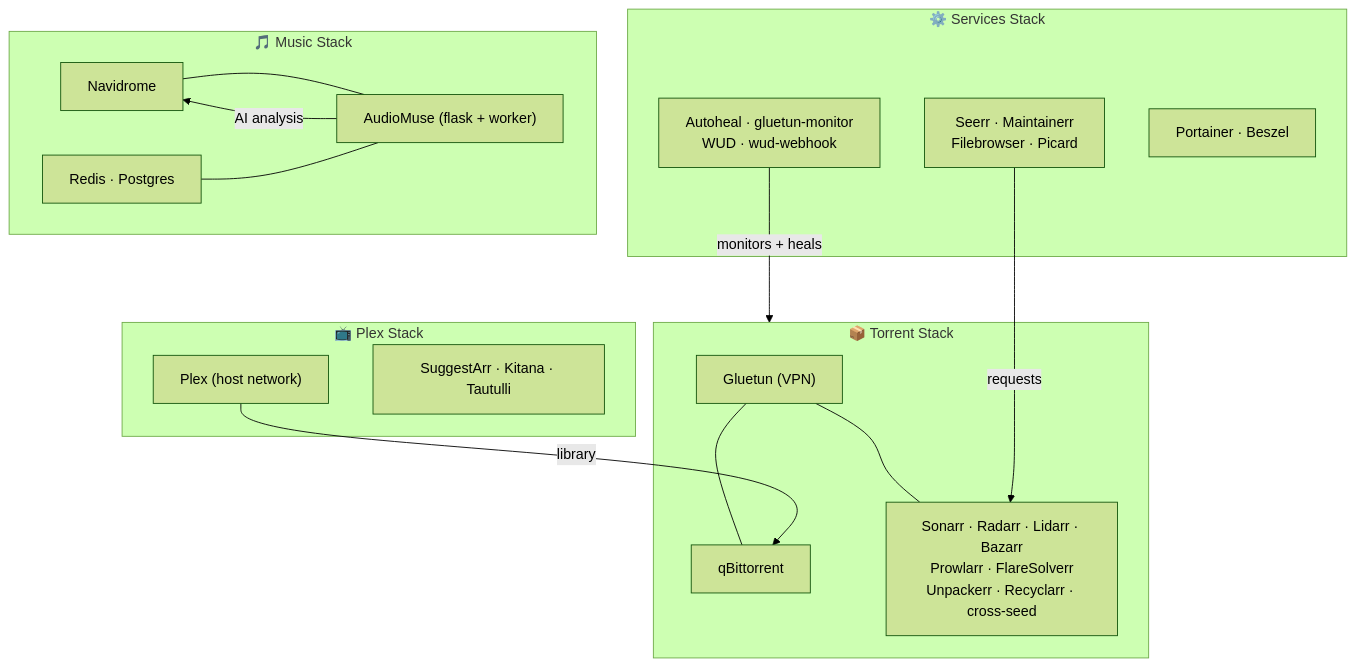
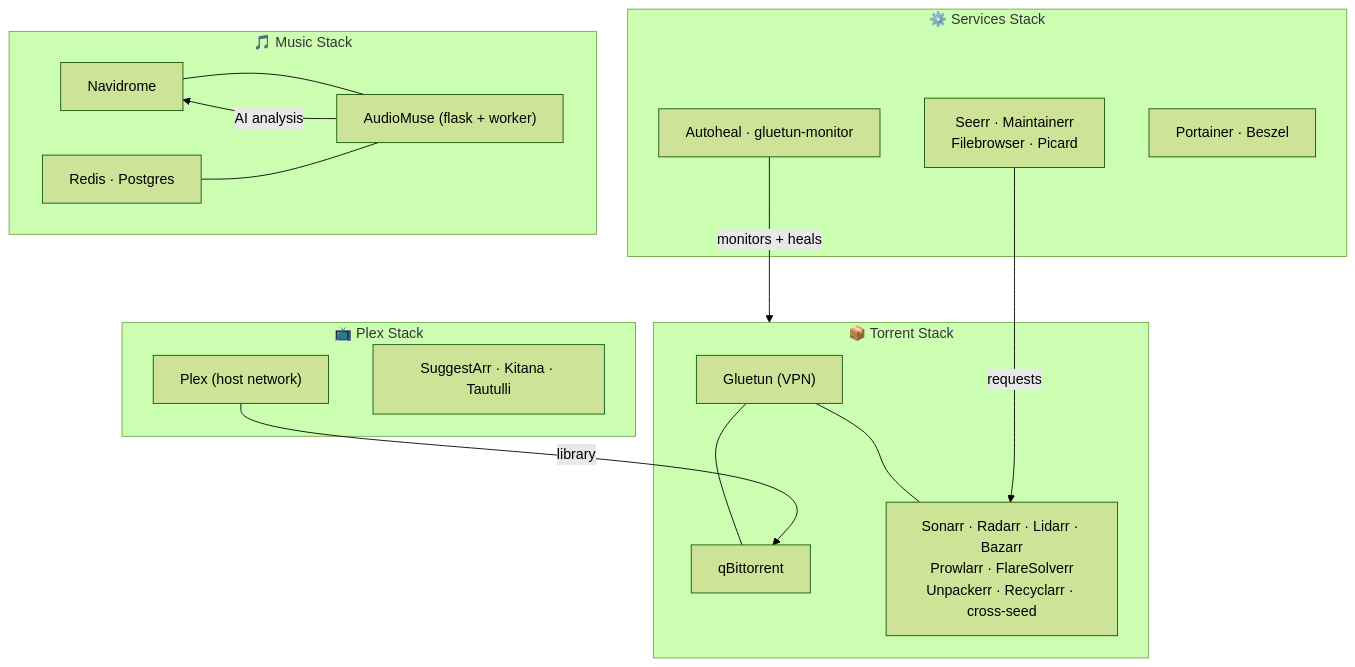
The diagram in README.md (ZisisKostakakis/homelab-media), drawn with Mermaid (forest theme) before and after one commit. The commit also changed other lines of this file and 1 other file, not shown here.

First line of the commit message:
docs: update README and ARCHITECTURE for stack changes

````diff
--- a/README.md
+++ b/README.md
@@ -34,33 +34,33 @@
 ```mermaid
 graph TB
     subgraph TORRENT["📦 Torrent Stack"]
         GL["Gluetun (VPN)"]
         QB["qBittorrent"]
         ARR["Sonarr · Radarr · Lidarr · Bazarr\nProwlarr · FlareSolverr\nUnpackerr · Recyclarr · cross-seed"]
         GL --- QB & ARR
     end
 
     subgraph PLEX["📺 Plex Stack"]
         PX["Plex (host network)"]
         PS["SuggestArr · Kitana · Tautulli"]
     end
 
     subgraph SERVICES["⚙️ Services Stack"]
         SR["Seerr · Maintainerr\nFilebrowser · Picard"]
-        SH["Autoheal · gluetun-monitor\nWUD · wud-webhook"]
+        SH["Autoheal · gluetun-monitor"]
         OPS["Portainer · Beszel"]
     end
 
     subgraph MUSIC["🎵 Music Stack"]
         NAV["Navidrome"]
         AM["AudioMuse (flask + worker)"]
         DB["Redis · Postgres"]
         NAV --- AM
         DB --- AM
     end
 
     SR -->|"requests"| ARR
     PX -->|"library"| QB
     SH -->|"monitors + heals"| TORRENT
     AM -->|"AI analysis"| NAV
 ```
````
